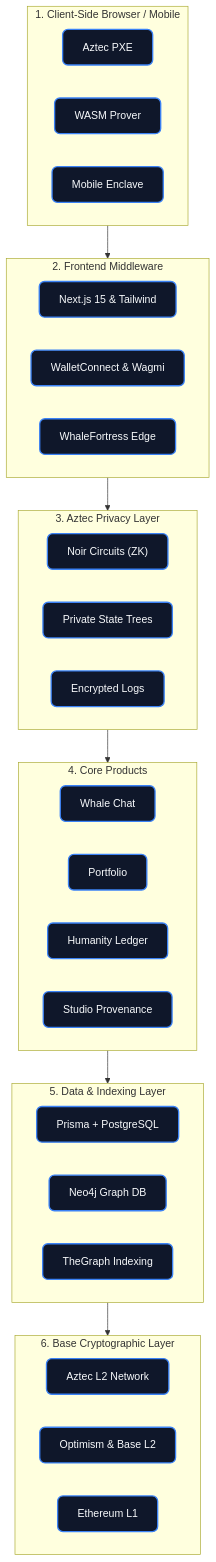
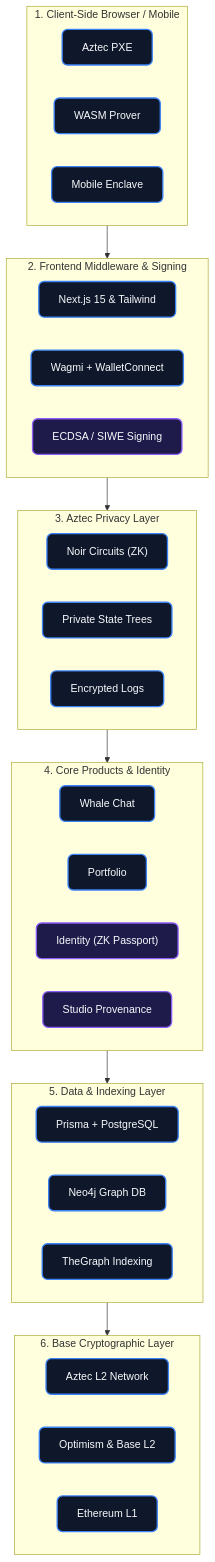
One commit to atfortyseven-creations/Wallet-Human-ID-POLYMARKET changed the diagram in README.md. Above: the diagram before and after it, drawn with Mermaid.

Commit message:
docs: explicitly highlight Identity and Signing modules in architecture diagram

````diff
--- a/README.md
+++ b/README.md
@@ -3,55 +3,56 @@
 ```mermaid
 flowchart TD
     classDef layer fill:none,stroke:#94a3b8,stroke-width:2px,stroke-dasharray: 5 5,rx:10px
     classDef box fill:#0f172a,stroke:#3b82f6,stroke-width:2px,color:#f8fafc,rx:8px
+    classDef highlight fill:#1e1b4b,stroke:#8b5cf6,stroke-width:2px,color:#f8fafc,rx:8px
 
     subgraph L1 ["1. Client-Side Browser / Mobile"]
         PXE["Aztec PXE"]:::box
         WASM["WASM Prover"]:::box
         Mobile["Mobile Enclave"]:::box
     end
     class L1 layer
 
-    subgraph L2 ["2. Frontend Middleware"]
+    subgraph L2 ["2. Frontend Middleware & Signing"]
         Next["Next.js 15 & Tailwind"]:::box
-        Wagmi["WalletConnect & Wagmi"]:::box
-        Edge["WhaleFortress Edge"]:::box
+        Wagmi["Wagmi + WalletConnect"]:::box
+        Sign["ECDSA / SIWE Signing"]:::highlight
     end
     class L2 layer
 
     subgraph L3 ["3. Aztec Privacy Layer"]
         Noir["Noir Circuits (ZK)"]:::box
         State["Private State Trees"]:::box
         Logs["Encrypted Logs"]:::box
     end
     class L3 layer
 
-    subgraph L4 ["4. Core Products"]
+    subgraph L4 ["4. Core Products & Identity"]
         Chat["Whale Chat"]:::box
         Port["Portfolio"]:::box
-        HL["Humanity Ledger"]:::box
-        Studio["Studio Provenance"]:::box
+        HL["Identity (ZK Passport)"]:::highlight
+        Studio["Studio Provenance"]:::highlight
     end
     class L4 layer
 
     subgraph L5 ["5. Data & Indexing Layer"]
         DB["Prisma + PostgreSQL"]:::box
         Neo["Neo4j Graph DB"]:::box
         Graph["TheGraph Indexing"]:::box
     end
     class L5 layer
 
     subgraph L6 ["6. Base Cryptographic Layer"]
         Aztec["Aztec L2 Network"]:::box
         EVM["Optimism & Base L2"]:::box
         L1Eth["Ethereum L1"]:::box
     end
     class L6 layer
 
     %% Core Connections
     L1 --> L2
     L2 --> L3
     L3 --> L4
     L4 --> L5
     L5 --> L6
 ```
````
